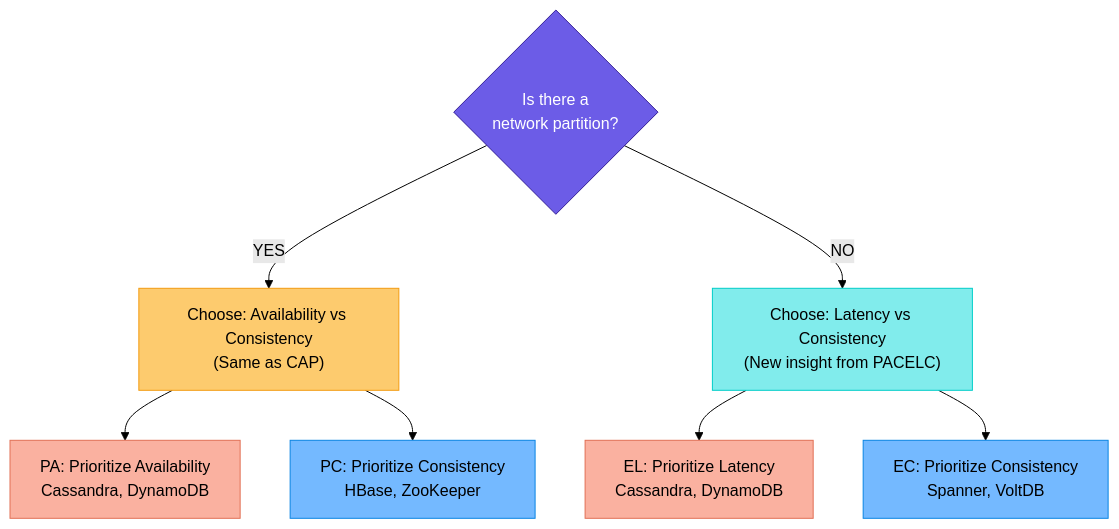
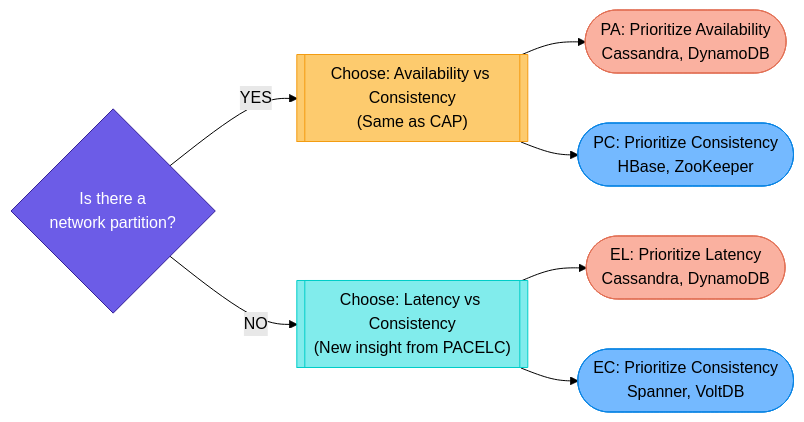
One commit to saivamsikaruturi/vamsilabs-dev-notes-main changed the fifth of 7 diagrams in docs/capTheorem.md. Above: the diagram before and after it, drawn with Mermaid (forest theme). The commit also changed other lines of this file and 146 other files, not shown here.

Commit message:
Horizontal diagrams, UML class diagrams, typography overhaul, and permalink cleanup

````diff
--- a/docs/capTheorem.md
+++ b/docs/capTheorem.md
@@ -209,20 +209,20 @@
 ```mermaid
-flowchart TD
-    Start{Is there a<br/>network partition?}
-    Start -->|"YES"| Partition["Choose: Availability vs Consistency<br/>(Same as CAP)"]
-    Start -->|"NO"| Normal["Choose: Latency vs Consistency<br/>(New insight from PACELC)"]
+flowchart LR
+    Start{"Is there a<br/>network partition?"}
+    Start -->|"YES"| Partition[["Choose: Availability vs Consistency<br/>(Same as CAP)"]]
+    Start -->|"NO"| Normal[["Choose: Latency vs Consistency<br/>(New insight from PACELC)"]]
 
-    Partition --> PA["PA: Prioritize Availability<br/>Cassandra, DynamoDB"]
-    Partition --> PC["PC: Prioritize Consistency<br/>HBase, ZooKeeper"]
+    Partition --> PA(["PA: Prioritize Availability<br/>Cassandra, DynamoDB"])
+    Partition --> PC(["PC: Prioritize Consistency<br/>HBase, ZooKeeper"])
 
-    Normal --> EL["EL: Prioritize Latency<br/>Cassandra, DynamoDB"]
-    Normal --> EC["EC: Prioritize Consistency<br/>Spanner, VoltDB"]
+    Normal --> EL(["EL: Prioritize Latency<br/>Cassandra, DynamoDB"])
+    Normal --> EC(["EC: Prioritize Consistency<br/>Spanner, VoltDB"])
 
     style Start fill:#6c5ce7,stroke:#341f97,color:#fff
     style Partition fill:#fdcb6e,stroke:#f39c12,color:#000
     style Normal fill:#81ecec,stroke:#00cec9,color:#000
     style PA fill:#fab1a0,stroke:#e17055
     style PC fill:#74b9ff,stroke:#0984e3
     style EL fill:#fab1a0,stroke:#e17055
     style EC fill:#74b9ff,stroke:#0984e3
 ```
````
